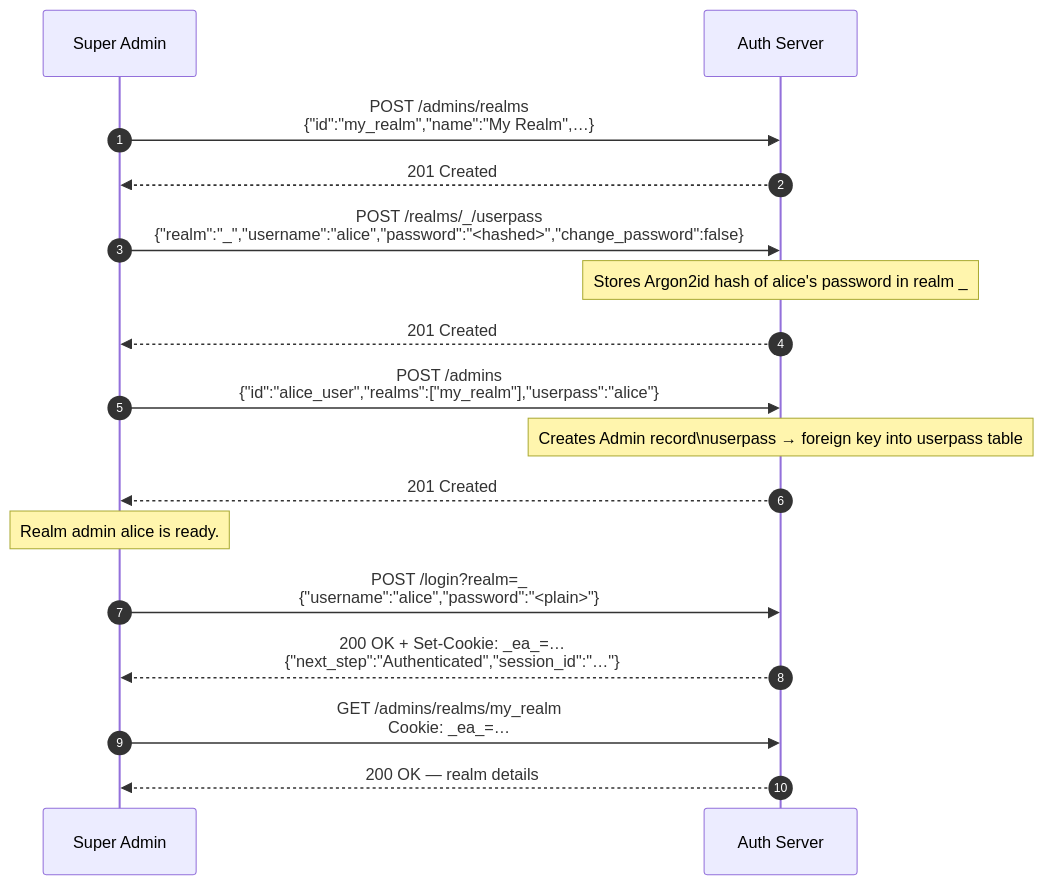
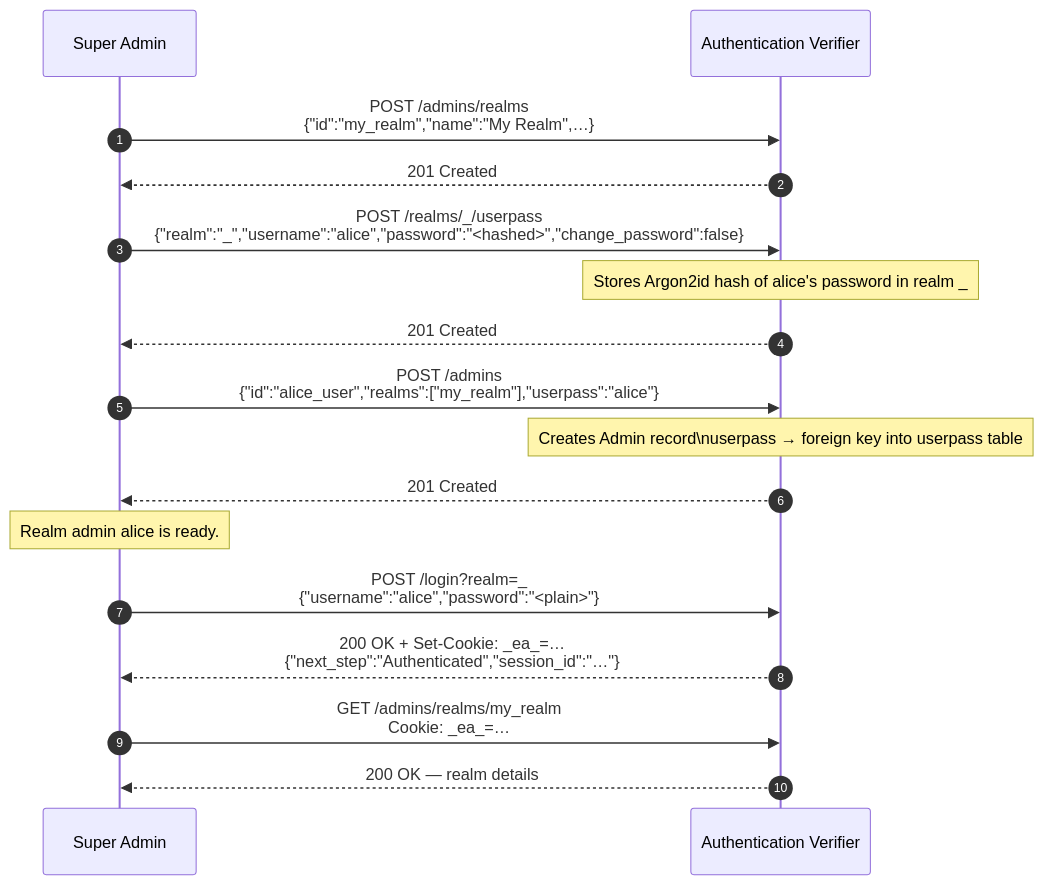
The third of 3 diagrams in server/documentation/docs/authorization_and_administration.md (Cosmian/authentication), drawn with Mermaid before and after one commit. The commit also changed other lines of this file and 22 other files, not shown here.

````diff
--- a/server/documentation/docs/authorization_and_administration.md
+++ b/server/documentation/docs/authorization_and_administration.md
@@ -211,24 +211,24 @@
 ```mermaid
 sequenceDiagram
     autonumber
     participant SA as Super Admin
-    participant EA as Auth Server
+    participant EA as Authentication Verifier
 
     SA->>EA: POST /admins/realms<br/>{"id":"my_realm","name":"My Realm",…}
     EA-->>SA: 201 Created
 
     SA->>EA: POST /realms/_/userpass<br/>{"realm":"_","username":"alice","password":"<hashed>","change_password":false}
     note over EA: Stores Argon2id hash of alice's password in realm _
     EA-->>SA: 201 Created
 
     SA->>EA: POST /admins<br/>{"id":"alice_user","realms":["my_realm"],"userpass":"alice"}
     note over EA: Creates Admin record\nuserpass → foreign key into userpass table
     EA-->>SA: 201 Created
 
     note over SA: Realm admin alice is ready.
     SA->>EA: POST /login?realm=_<br/>{"username":"alice","password":"<plain>"}
     EA-->>SA: 200 OK + Set-Cookie: _ea_=…<br/>{"next_step":"Authenticated","session_id":"…"}
 
     SA->>EA: GET /admins/realms/my_realm<br/>Cookie: _ea_=…
     EA-->>SA: 200 OK — realm details
 ```
````
